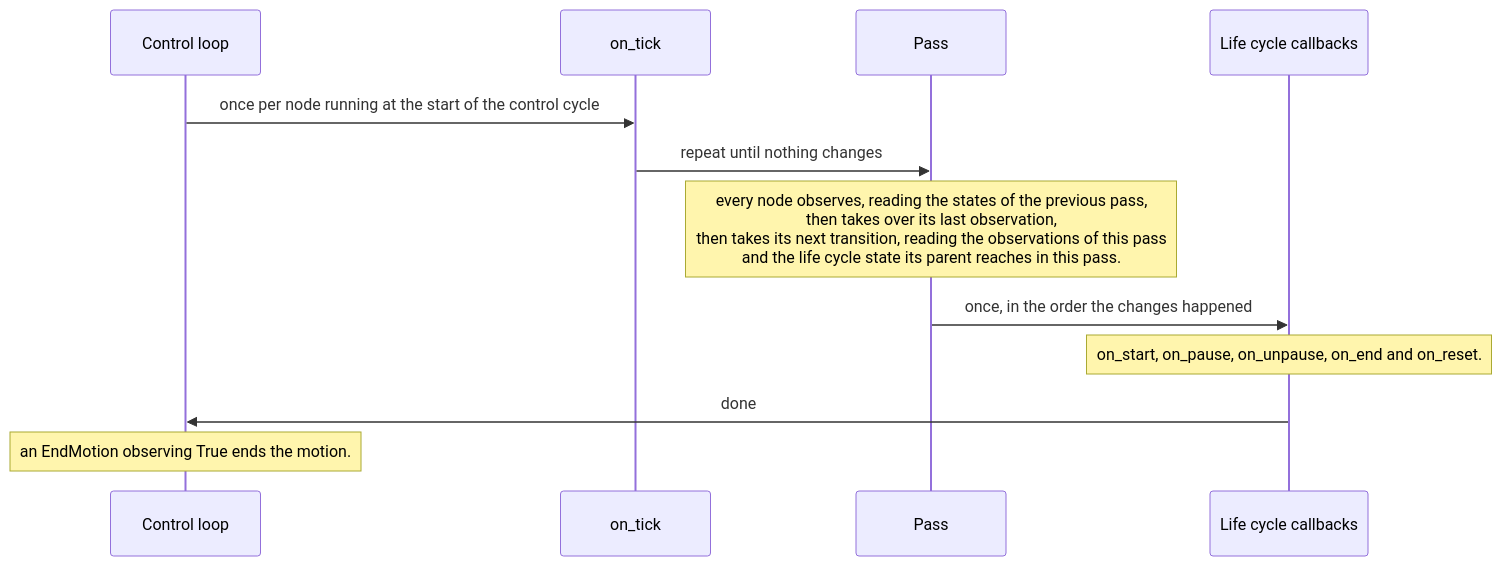
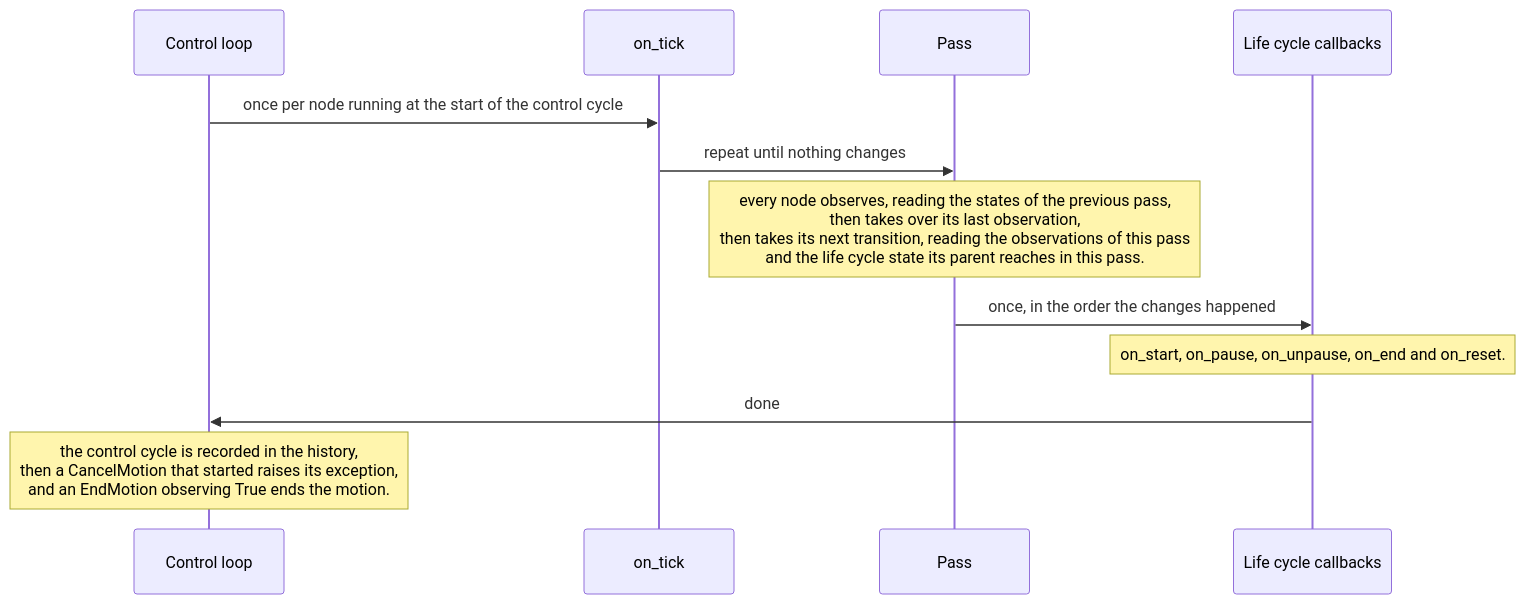
The fourth of 11 diagrams in giskardpy/doc/motion_statecharts.md (Tigul/cognitive_robot_abstract_machine), drawn with Mermaid before and after one commit. The commit also changed other lines of this file and 12 other files, not shown here.

First line of the commit message:
feat(motion_statechart, tests): enhance lifecycle transitions, control cycle handling, and monitoring templates

````diff
--- a/giskardpy/doc/motion_statecharts.md
+++ b/giskardpy/doc/motion_statecharts.md
@@ -263,14 +267,14 @@
 ```{mermaid}
 sequenceDiagram
     participant C as Control loop
     participant T as on_tick
     participant P as Pass
     participant L as Life cycle callbacks
     C->>T: once per node running at the start of the control cycle
     T->>P: repeat until nothing changes
     Note over P: every node observes, reading the states of the previous pass,<br/>then takes over its last observation,<br/>then takes its next transition, reading the observations of this pass<br/>and the life cycle state its parent reaches in this pass.
     P->>L: once, in the order the changes happened
     Note over L: on_start, on_pause, on_unpause, on_end and on_reset.
     L->>C: done
-    Note over C: an EndMotion observing True ends the motion.
+    Note over C: the control cycle is recorded in the history,<br/>then a CancelMotion that started raises its exception,<br/>and an EndMotion observing True ends the motion.
 ```
````
